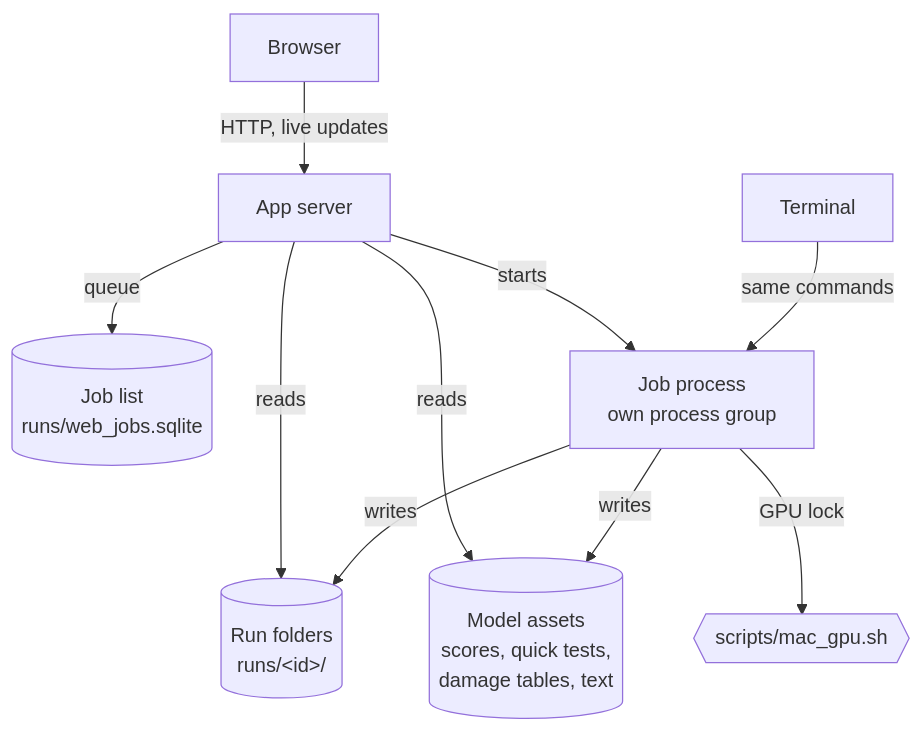
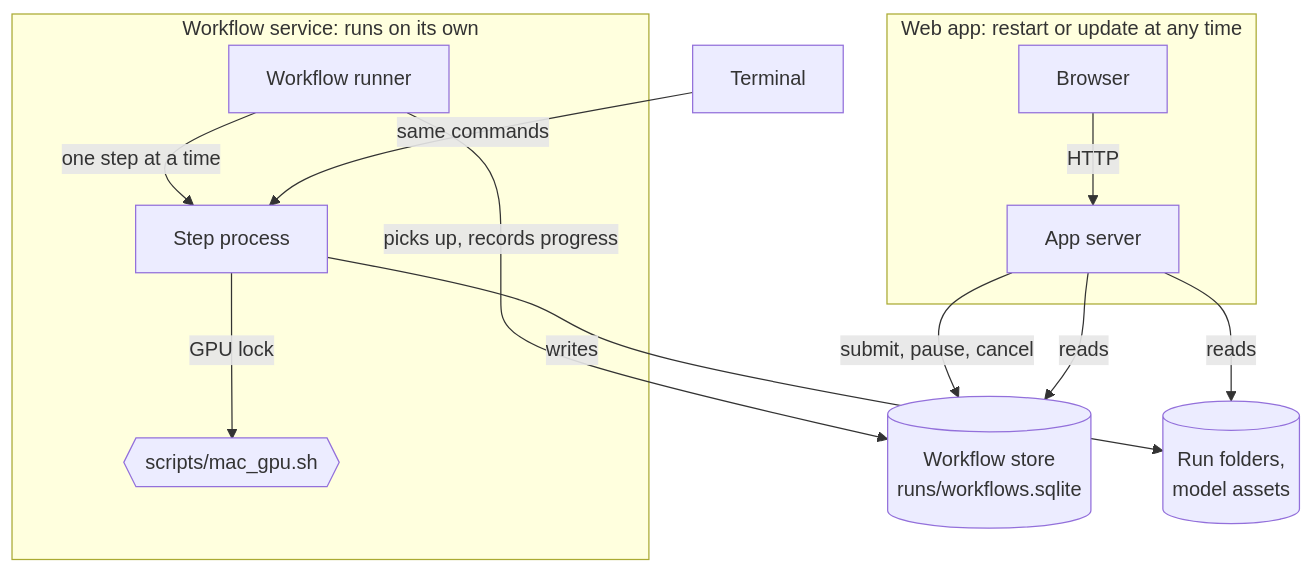
The second of 2 diagrams in docs/APP_DESIGN.md (stephxu96/pruneagent), drawn with Mermaid before and after one commit. The commit also changed other lines of this file and 1 other file, not shown here.

Commit message:
App design: long-running work in a separate background workflow service with releases

````diff
--- a/docs/APP_DESIGN.md
+++ b/docs/APP_DESIGN.md
@@ -119,12 +123,16 @@
 ```mermaid
 flowchart TB
-    B[Browser] -- HTTP, live updates --> S[App server]
-    S -- queue --> Q[(Job list<br/>runs/web_jobs.sqlite)]
-    S -- reads --> RF[(Run folders<br/>runs/&lt;id&gt;/)]
-    S -- reads --> MS[(Model assets<br/>scores, quick tests,<br/>damage tables, text)]
-    S -- starts --> W[Job process<br/>own process group]
-    W -- GPU lock --> G{{scripts/mac_gpu.sh}}
-    W -- writes --> RF
-    W -- writes --> MS
-    T[Terminal] -- same commands --> W
+    subgraph App[Web app: restart or update at any time]
+        B[Browser] -- HTTP --> S[App server]
+    end
+    subgraph Worker[Workflow service: runs on its own]
+        WS[Workflow runner] -- one step at a time --> P[Step process]
+        P -- GPU lock --> G{{scripts/mac_gpu.sh}}
+    end
+    S -- submit, pause, cancel --> Q[(Workflow store<br/>runs/workflows.sqlite)]
+    WS -- picks up, records progress --> Q
+    S -- reads --> Q
+    S -- reads --> F[(Run folders,<br/>model assets)]
+    P -- writes --> F
+    T[Terminal] -- same commands --> P
 ```
````
